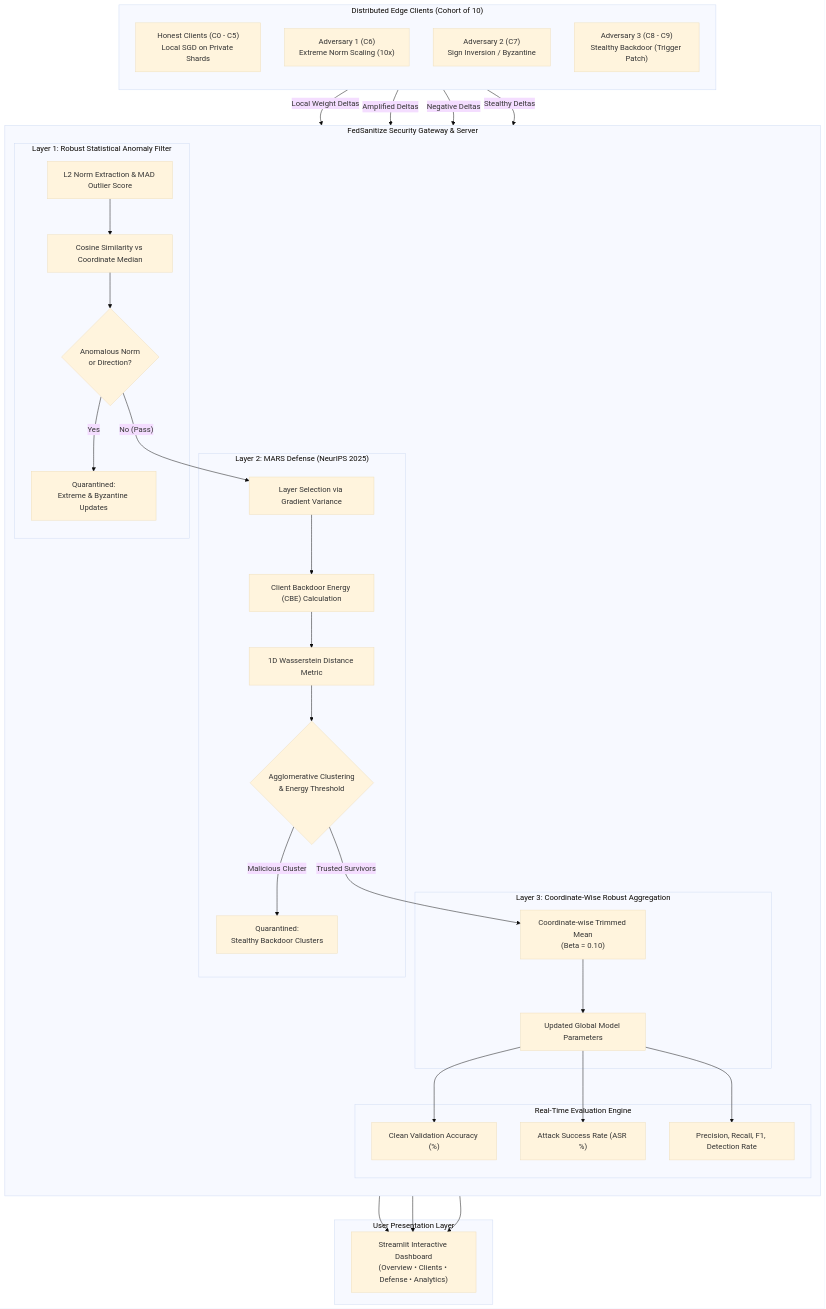
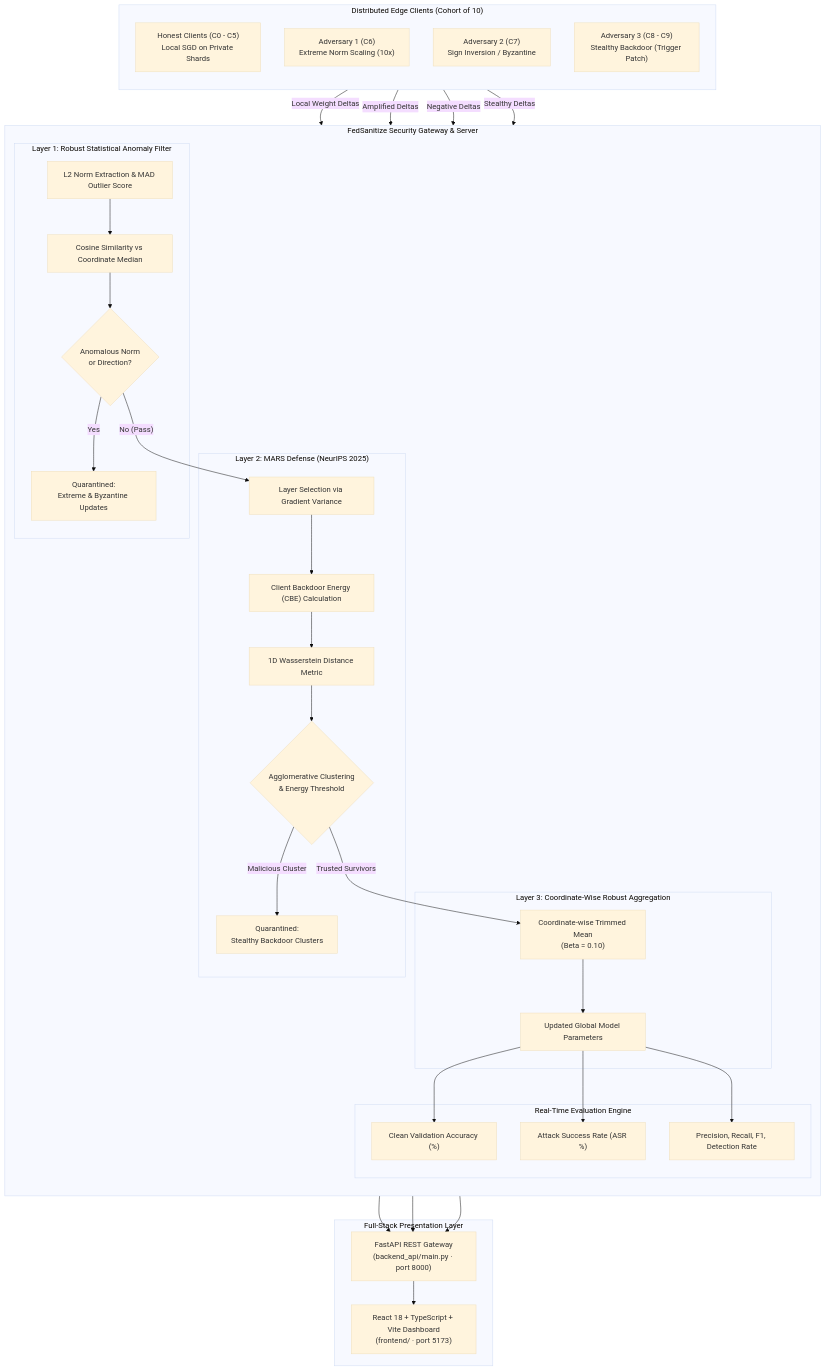
Before and after one commit to gamerboyadarsh-dot/FedSanitize: the diagram in README.md, drawn with Mermaid (base theme). The commit also changed other lines of this file and 45 other files, not shown here.

First line of the commit message:
feat: React 18 + FastAPI dashboard with interactive hyperparameter sliders

````diff
--- a/README.md
+++ b/README.md
@@ -51,65 +57,62 @@
 ```mermaid
 flowchart TD
     subgraph EdgeClients["Distributed Edge Clients (Cohort of 10)"]
         direction TB
         H["Honest Clients (C0 - C5)\nLocal SGD on Private Shards"]
         M1["Adversary 1 (C6)\nExtreme Norm Scaling (10x)"]
         M2["Adversary 2 (C7)\nSign Inversion / Byzantine"]
         M3["Adversary 3 (C8 - C9)\nStealthy Backdoor (Trigger Patch)"]
     end
 
     subgraph FLServer["FedSanitize Security Gateway & Server"]
         direction TB
         
         subgraph Layer1["Layer 1: Robust Statistical Anomaly Filter"]
             L1_Norm["L2 Norm Extraction & MAD Outlier Score"]
             L1_Cos["Cosine Similarity vs Coordinate Median"]
             L1_Gate{"Anomalous Norm\nor Direction?"}
             L1_Quarantine["Quarantined:\nExtreme & Byzantine Updates"]
         end
 
         subgraph Layer2["Layer 2: MARS Defense (NeurIPS 2025)"]
             L2_Layer["Layer Selection via Gradient Variance"]
             L2_CBE["Client Backdoor Energy (CBE) Calculation"]
             L2_Wass["1D Wasserstein Distance Metric"]
             L2_Cluster{"Agglomerative Clustering\n& Energy Threshold"}
             L2_Quarantine["Quarantined:\nStealthy Backdoor Clusters"]
         end
 
         subgraph Layer3["Layer 3: Coordinate-Wise Robust Aggregation"]
             L3_Trim["Coordinate-wise Trimmed Mean\n(Beta = 0.10)"]
             L3_Model["Updated Global Model Parameters"]
         end
 
         subgraph Evaluation["Real-Time Evaluation Engine"]
             Eval_Clean["Clean Validation Accuracy (%)"]
             Eval_ASR["Attack Success Rate (ASR %)"]
             Eval_Metrics["Precision, Recall, F1, Detection Rate"]
         end
     end
 
-    subgraph UI["User Presentation Layer"]
-        Dashboard["Streamlit Interactive Dashboard\n(Overview • Clients • Defense • Analytics)"]
+    subgraph Stack["Full-Stack Presentation Layer"]
+        API["FastAPI REST Gateway\n(backend_api/main.py · port 8000)"]
+        UI["React 18 + TypeScript + Vite Dashboard\n(frontend/ · port 5173)"]
     end
 
-    %% Client updates to server
     H -->|Local Weight Deltas| L1_Norm
     M1 -->|Amplified Deltas| L1_Norm
     M2 -->|Negative Deltas| L1_Norm
     M3 -->|Stealthy Deltas| L1_Norm
 
-    %% Layer 1 Flow
     L1_Norm --> L1_Cos --> L1_Gate
     L1_Gate -- Yes --> L1_Quarantine
     L1_Gate -- No (Pass) --> L2_Layer
 
-    %% Layer 2 Flow
     L2_Layer --> L2_CBE --> L2_Wass --> L2_Cluster
     L2_Cluster -- Malicious Cluster --> L2_Quarantine
     L2_Cluster -- Trusted Survivors --> L3_Trim
 
-    %% Layer 3 Flow
     L3_Trim --> L3_Model
     L3_Model --> Eval_Clean & Eval_ASR & Eval_Metrics
-    Eval_Clean & Eval_ASR & Eval_Metrics --> Dashboard
+    Eval_Clean & Eval_ASR & Eval_Metrics --> API --> UI
 ```
````
